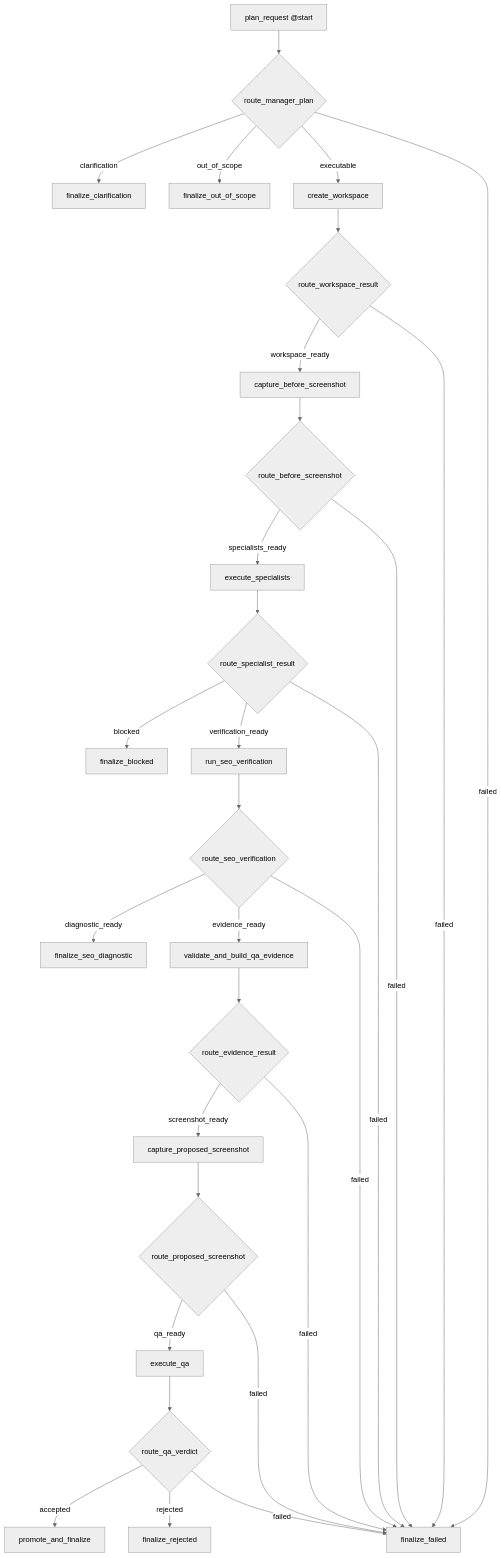
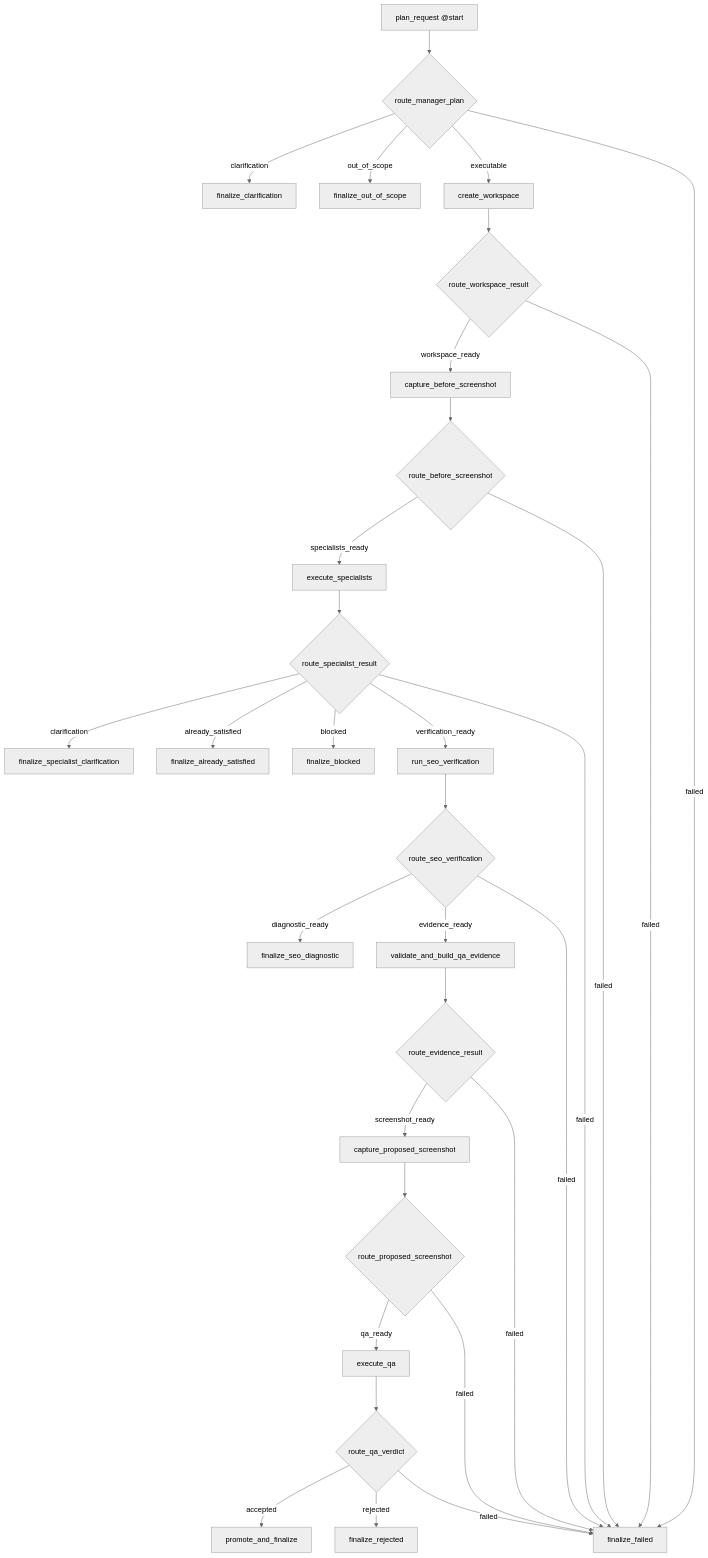
One commit to NaimurRahmannn/Multi-Agent-Orchestrator changed the sixth of 6 diagrams in agentorchestra/docs/architecture.md. Above: the diagram before and after it, drawn with Mermaid (neutral theme). The commit also changed other lines of this file and 32 other files, not shown here.

````diff
--- a/agentorchestra/docs/architecture.md
+++ b/agentorchestra/docs/architecture.md
@@ -130,32 +137,34 @@
 ```mermaid
 flowchart TD
     START[plan_request @start] --> ROUTE{route_manager_plan}
     ROUTE -->|clarification| FC[finalize_clarification]
     ROUTE -->|out_of_scope| FO[finalize_out_of_scope]
     ROUTE -->|executable| WS[create_workspace]
     ROUTE -->|failed| FF[finalize_failed]
     WS --> RWS{route_workspace_result}
     RWS -->|workspace_ready| BEFORE[capture_before_screenshot]
     RWS -->|failed| FF
     BEFORE --> RBS{route_before_screenshot}
     RBS -->|specialists_ready| SPEC[execute_specialists]
     RBS -->|failed| FF
     SPEC --> RS{route_specialist_result}
+    RS -->|clarification| FSC[finalize_specialist_clarification]
+    RS -->|already_satisfied| FAS[finalize_already_satisfied]
     RS -->|blocked| FB[finalize_blocked]
     RS -->|failed| FF
     RS -->|verification_ready| LH[run_seo_verification]
     LH --> RLH{route_seo_verification}
     RLH -->|diagnostic_ready| FD[finalize_seo_diagnostic]
     RLH -->|evidence_ready| EV[validate_and_build_qa_evidence]
     RLH -->|failed| FF
     EV --> REV{route_evidence_result}
     REV -->|screenshot_ready| PROP[capture_proposed_screenshot]
     REV -->|failed| FF
     PROP --> RPS{route_proposed_screenshot}
     RPS -->|qa_ready| QA[execute_qa]
     RPS -->|failed| FF
     QA --> RQA{route_qa_verdict}
     RQA -->|accepted| PROMO[promote_and_finalize]
     RQA -->|rejected| FR[finalize_rejected]
     RQA -->|failed| FF
 ```
````
